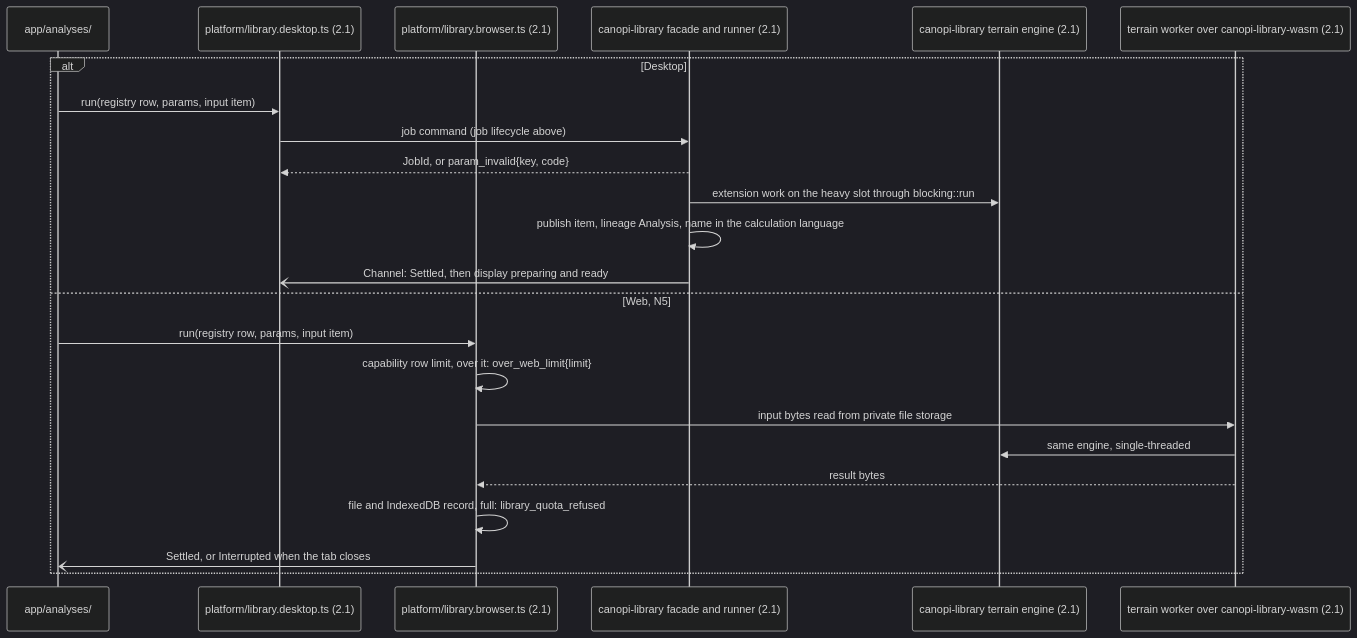
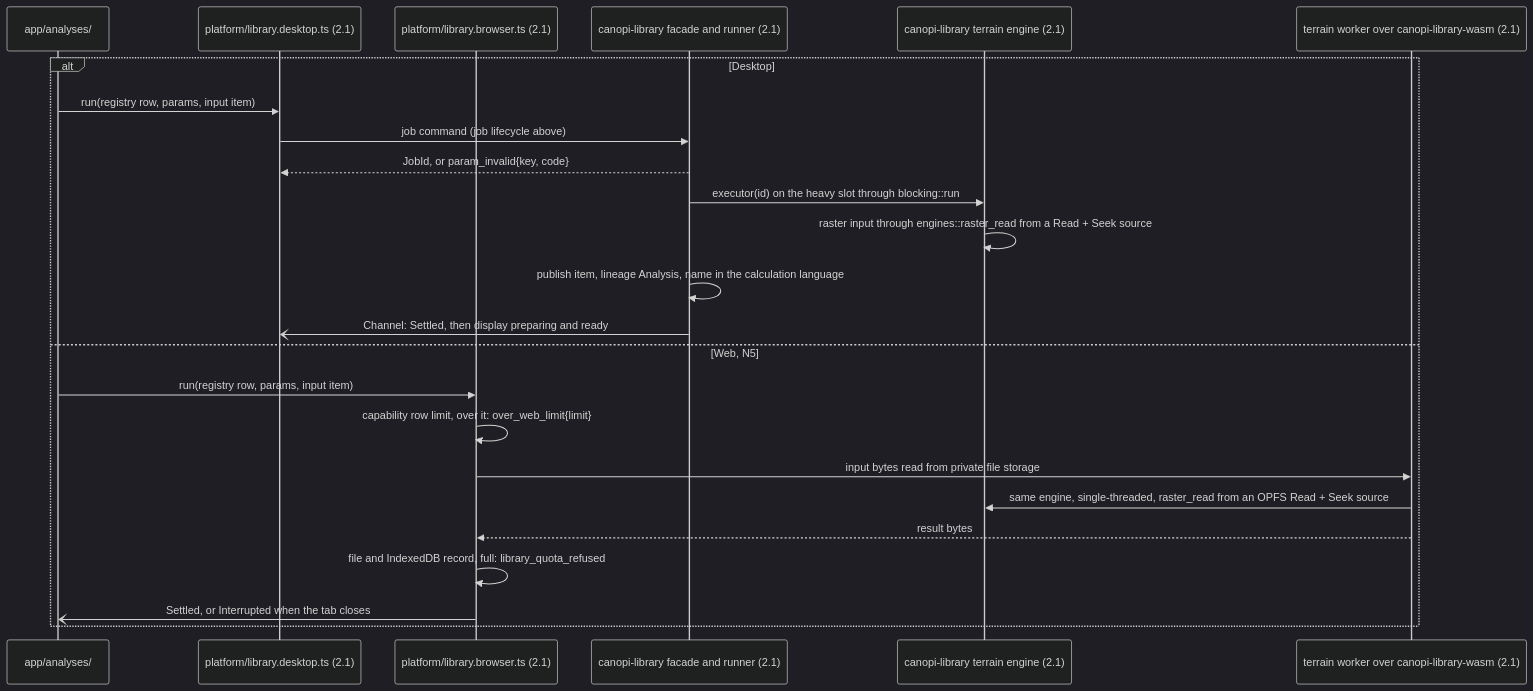
One commit to opencanopi/canopi changed the third of 7 diagrams in docs/architecture/flows-services.md. Above: the diagram before and after it, drawn with Mermaid (dark theme). The commit also changed other lines of this file and 33 other files, not shown here.

Commit message:
docs: apply the architecture review's findings to ADRs, plan, contracts, ledger and model

````diff
--- a/docs/architecture/flows-services.md
+++ b/docs/architecture/flows-services.md
@@ -75,25 +76,26 @@
 ```mermaid
 sequenceDiagram
   participant FORM as app/analyses/
   participant DA as platform/library.desktop.ts (2.1)
   participant BA as platform/library.browser.ts (2.1)
   participant F as canopi-library facade and runner (2.1)
   participant ENG as canopi-library terrain engine (2.1)
   participant W as terrain worker over canopi-library-wasm (2.1)
   alt Desktop
     FORM->>DA: run(registry row, params, input item)
     DA->>F: job command (job lifecycle above)
     F-->>DA: JobId, or param_invalid{key, code}
-    F->>ENG: extension work on the heavy slot through blocking::run
+    F->>ENG: executor(id) on the heavy slot through blocking::run
+    ENG->>ENG: raster input through engines::raster_read from a Read + Seek source
     F->>F: publish item, lineage Analysis, name in the calculation language
     F-)DA: Channel: Settled, then display preparing and ready
   else Web, N5
     FORM->>BA: run(registry row, params, input item)
     BA->>BA: capability row limit, over it: over_web_limit{limit}
     BA->>W: input bytes read from private file storage
-    W->>ENG: same engine, single-threaded
+    W->>ENG: same engine, single-threaded, raster_read from an OPFS Read + Seek source
     W-->>BA: result bytes
     BA->>BA: file and IndexedDB record, full: library_quota_refused
     BA-)FORM: Settled, or Interrupted when the tab closes
   end
 ```
````
